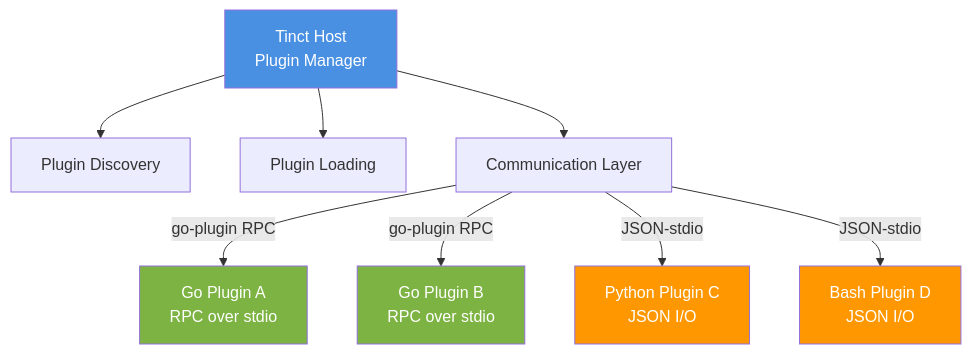
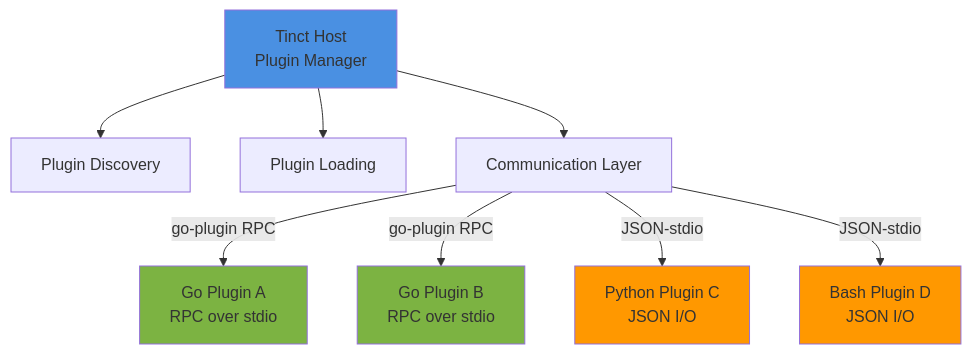
Before and after one commit to jmylchreest/tinct: the diagram in docs/external-plugins.md, drawn with Mermaid. The commit also changed other lines of this file and 58 other files, not shown here.

````diff
--- a/docs/external-plugins.md
+++ b/docs/external-plugins.md
@@ -36,18 +36,18 @@
 ```mermaid
 graph TB
     Host[Tinct Host<br/>Plugin Manager]
     Host --> Discovery[Plugin Discovery]
     Host --> Loading[Plugin Loading]
     Host --> Comm[Communication Layer]
     
     Comm -->|go-plugin RPC| GoA[Go Plugin A<br/>RPC over stdio]
     Comm -->|go-plugin RPC| GoB[Go Plugin B<br/>RPC over stdio]
     Comm -->|JSON-stdio| PyC[Python Plugin C<br/>JSON I/O]
     Comm -->|JSON-stdio| ShD[Bash Plugin D<br/>JSON I/O]
     
-    style Host fill:#4a90e2,color:#fff
-    style GoA fill:#7cb342,color:#fff
-    style GoB fill:#7cb342,color:#fff
-    style PyC fill:#ff9800,color:#fff
-    style ShD fill:#ff9800,color:#fff
+    style Host fill:#4a90e2,colour:#fff
+    style GoA fill:#7cb342,colour:#fff
+    style GoB fill:#7cb342,colour:#fff
+    style PyC fill:#ff9800,colour:#fff
+    style ShD fill:#ff9800,colour:#fff
 ```
````
